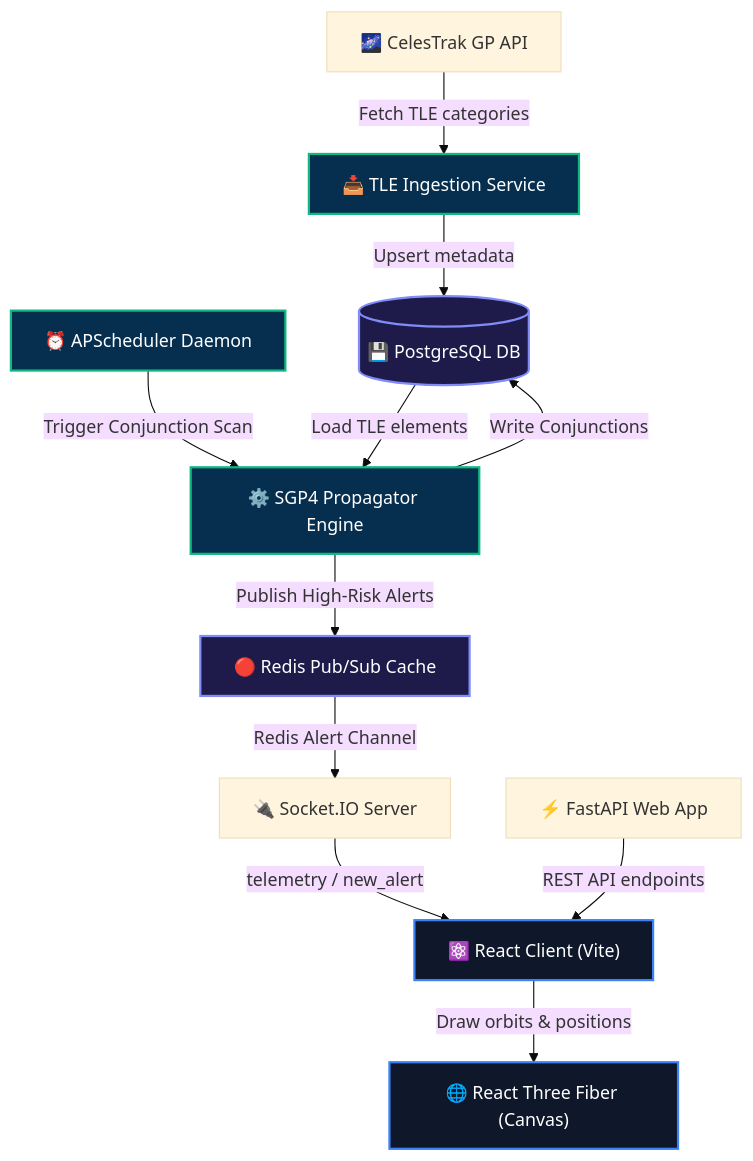
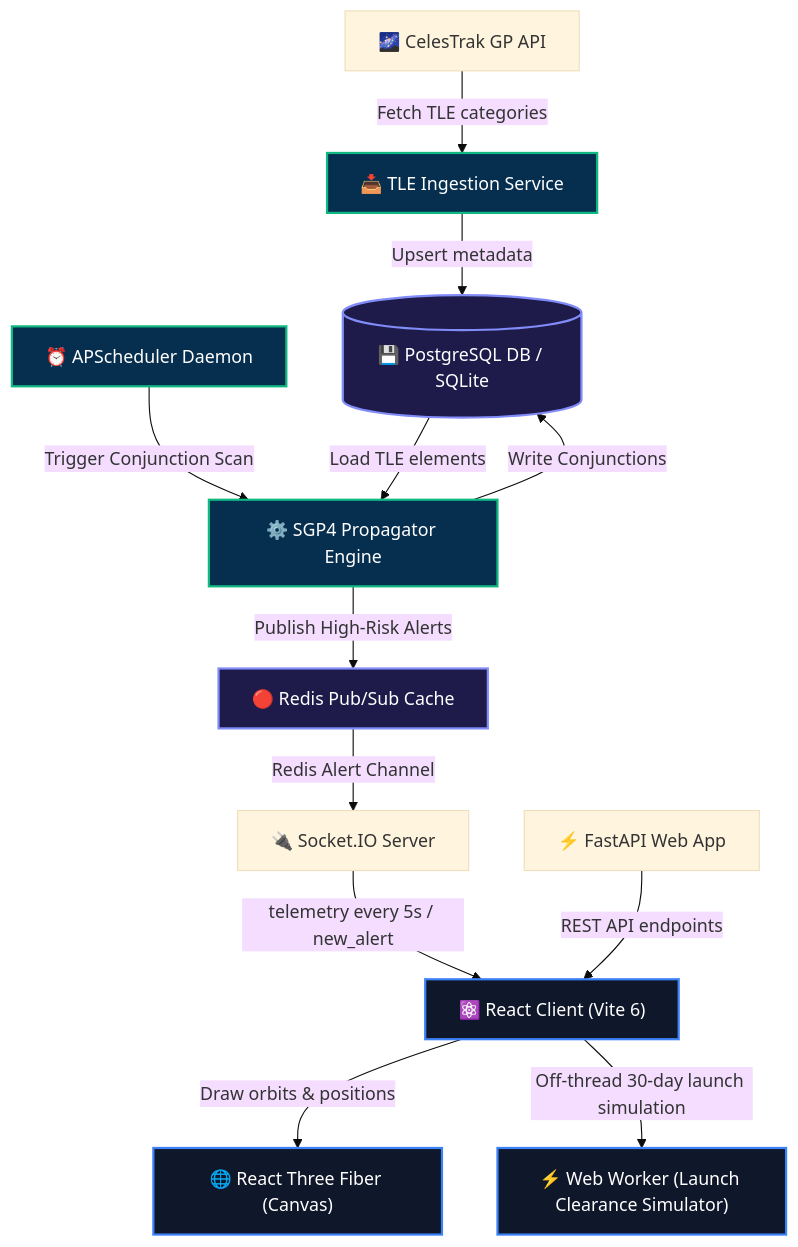
The diagram in README.md (parthnarkar/OrbitalWatch), drawn with Mermaid (base theme) before and after one commit. The commit also changed other lines of this file and 40 other files, not shown here.

Commit message:
feat: implement full-stack application architecture including API configuration, responsive mobile navigation, and base testing suite

````diff
--- a/README.md
+++ b/README.md
@@ -67,35 +71,37 @@
-```mermaid
+```mermaid 
 flowchart TB
     %% Nodes
     Celestrak["🌌 CelesTrak GP API"]
     Ingestion["📥 TLE Ingestion Service"]
-    Postgres[("💾 PostgreSQL DB")]
+    Postgres[("💾 PostgreSQL DB / SQLite")]
     SGP4["⚙️ SGP4 Propagator Engine"]
     Scheduler["⏰ APScheduler Daemon"]
     FastAPI["⚡ FastAPI Web App"]
     Redis["🔴 Redis Pub/Sub Cache"]
     Socket["🔌 Socket.IO Server"]
-    React["⚛️ React Client (Vite)"]
+    React["⚛️ React Client (Vite 6)"]
     R3F["🌐 React Three Fiber (Canvas)"]
+    Worker["⚡ Web Worker (Launch Clearance Simulator)"]
 
     %% Connections
     Celestrak -->|Fetch TLE categories| Ingestion
     Ingestion -->|Upsert metadata| Postgres
     Scheduler -->|Trigger Conjunction Scan| SGP4
     Postgres -->|Load TLE elements| SGP4
     SGP4 -->|Write Conjunctions| Postgres
     SGP4 -->|Publish High-Risk Alerts| Redis
     Redis -->|Redis Alert Channel| Socket
-    Socket -->|telemetry / new_alert| React
+    Socket -->|telemetry every 5s / new_alert| React
     FastAPI -->|REST API endpoints| React
     React -->|Draw orbits & positions| R3F
+    React -->|Off-thread 30-day launch simulation| Worker
     
     %% Styling
     classDef main fill:#0f172a,stroke:#3b82f6,stroke-width:2px,color:#fff;
     classDef data fill:#1e1b4b,stroke:#818cf8,stroke-width:2px,color:#fff;
     classDef engine fill:#062f4f,stroke:#10b981,stroke-width:2px,color:#fff;
     
-    class React,R3F main;
+    class React,R3F,Worker main;
     class Postgres,Redis data;
     class SGP4,Ingestion,Scheduler engine;
 ```
````
